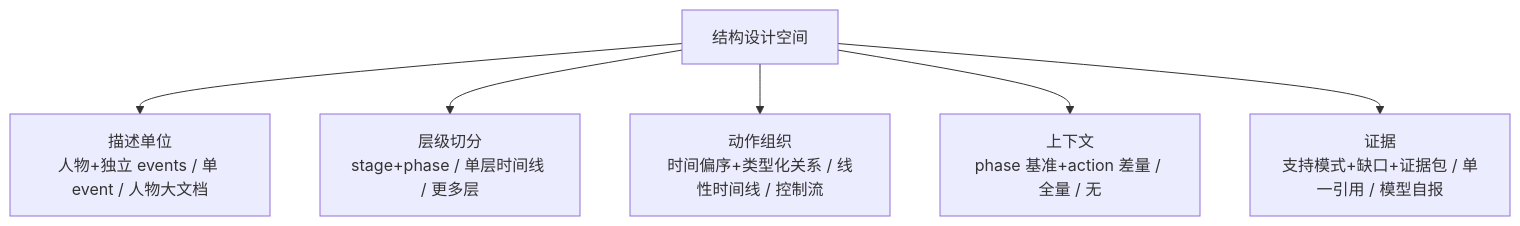
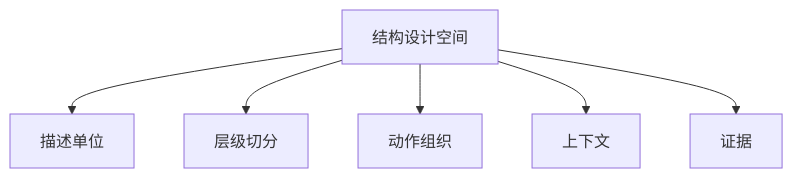
One commit to AgenticFinLab/FinMycelium changed the first of 3 diagrams in docs/structures/5-design-decisions.md. Above: the diagram before and after it, drawn with Mermaid. The commit also changed other lines of this file and 8 other files, not shown here.

First line of the commit message:
docs: fix Mermaid render errors and simplify framework diagrams

````diff
--- a/docs/structures/5-design-decisions.md
+++ b/docs/structures/5-design-decisions.md
@@ -8,8 +8,8 @@
 ```mermaid
 flowchart TB
-    D["结构设计空间"] --> U["描述单位<br/>人物+独立 events / 单 event / 人物大文档"]
-    D --> H["层级切分<br/>stage+phase / 单层时间线 / 更多层"]
-    D --> G["动作组织<br/>时间偏序+类型化关系 / 线性时间线 / 控制流"]
-    D --> C["上下文<br/>phase 基准+action 差量 / 全量 / 无"]
-    D --> E["证据<br/>支持模式+缺口+证据包 / 单一引用 / 模型自报"]
+    D["结构设计空间"] --> U["描述单位"]
+    D --> H["层级切分"]
+    D --> G["动作组织"]
+    D --> C["上下文"]
+    D --> E["证据"]
 ```
````
